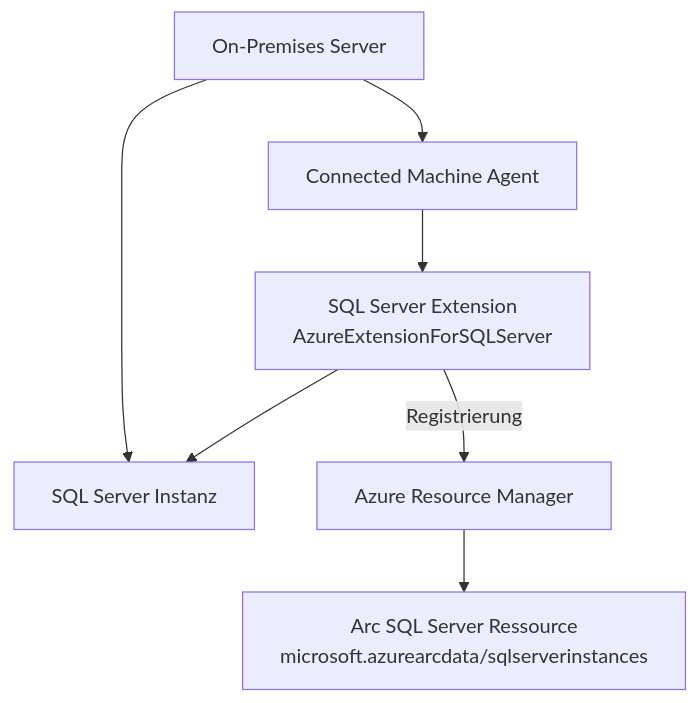
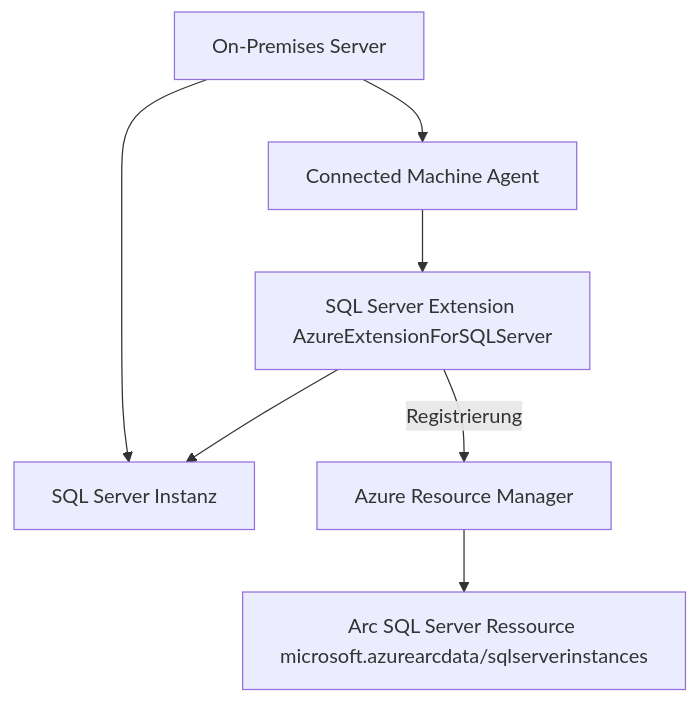
The first of 7 diagrams in Microsoft 365/Azure/Arc/Arc-fähige SQL Server.md (SoniiiT/notes-n-docs), drawn with Mermaid before and after one commit. The commit also changed other lines of this file and 124 other files, not shown here.

First line of the commit message:
fix: Entferne \n aus allen Mermaid-Diagrammen (125 Dateien)

````diff
--- a/Microsoft 365/Azure/Arc/Arc-fähige SQL Server.md
+++ b/Microsoft 365/Azure/Arc/Arc-fähige SQL Server.md
@@ -31,16 +31,16 @@
 ```mermaid
 graph TD
     ONPREM[On-Premises Server]
     ARC_AGENT[Connected Machine Agent]
-    SQL_EXT[SQL Server Extension\nAzureExtensionForSQLServer]
+    SQL_EXT[SQL Server Extension AzureExtensionForSQLServer]
     SQL_INST[SQL Server Instanz]
     ARM[Azure Resource Manager]
-    RESOURCE[Arc SQL Server Ressource\nmicrosoft.azurearcdata/sqlserverinstances]
+    RESOURCE[Arc SQL Server Ressource microsoft.azurearcdata/sqlserverinstances]
 
     ONPREM --> ARC_AGENT
     ONPREM --> SQL_INST
     ARC_AGENT --> SQL_EXT
     SQL_EXT --> SQL_INST
     SQL_EXT -->|Registrierung| ARM
     ARM --> RESOURCE
 ```
````
